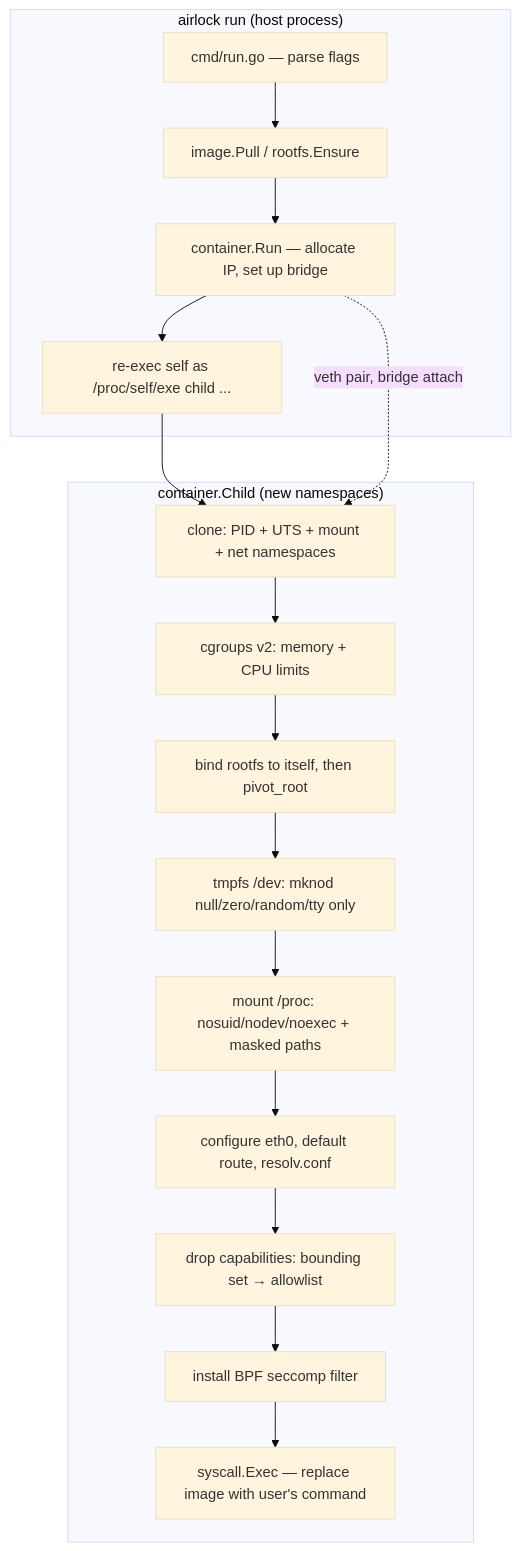
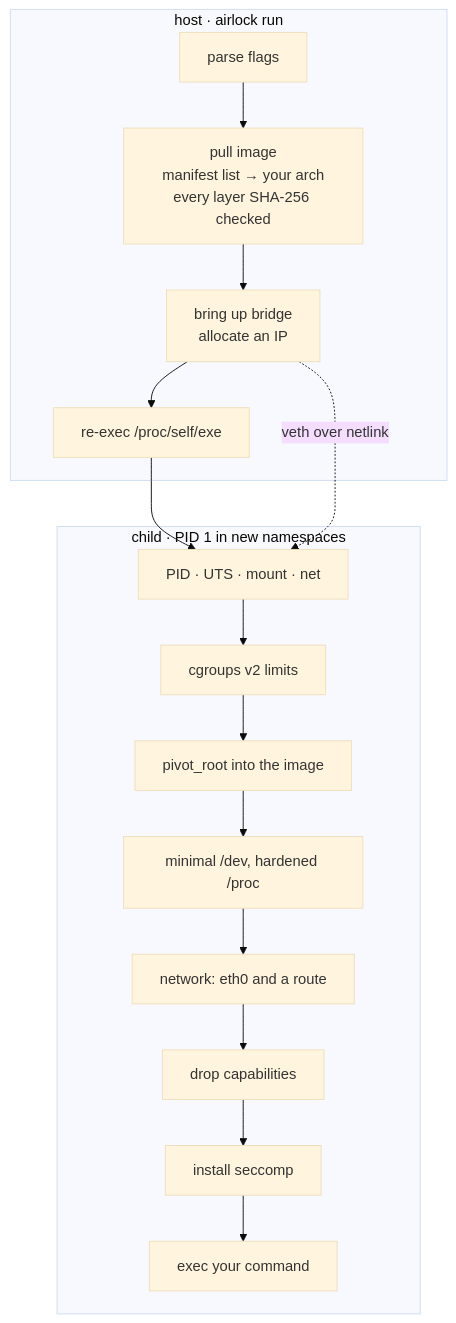
Before and after one commit to kelyonn/airlock: the diagram in README.md, drawn with Mermaid (base theme). The commit also changed other lines of this file and 1 other file, not shown here.

Commit message:
Rewrite the README with an animated banner, a quick start and an architecture diagram

````diff
--- a/README.md
+++ b/README.md
@@ -17,22 +57,19 @@
 ```mermaid
 flowchart TB
-    subgraph host["airlock run (host process)"]
-        A["cmd/run.go — parse flags"] --> B["image.Pull / rootfs.Ensure"]
-        B --> C["container.Run — allocate IP, set up bridge"]
-        C --> D["re-exec self as /proc/self/exe child ..."]
+    subgraph host["host · airlock run"]
+        A["parse flags"] --> B["pull image<br/>manifest list → your arch<br/>every layer SHA-256 checked"]
+        B --> C["bring up bridge<br/>allocate an IP"]
+        C --> D["re-exec /proc/self/exe"]
     end
-
-    subgraph child["container.Child (new namespaces)"]
-        D --> E["clone: PID + UTS + mount + net namespaces"]
-        E --> F["cgroups v2: memory + CPU limits"]
-        F --> G["bind rootfs to itself, then pivot_root"]
-        G --> H["tmpfs /dev: mknod null/zero/random/tty only"]
-        H --> I["mount /proc: nosuid/nodev/noexec + masked paths"]
-        I --> J["configure eth0, default route, resolv.conf"]
-        J --> K["drop capabilities: bounding set → allowlist"]
-        K --> L["install BPF seccomp filter"]
-        L --> M["syscall.Exec — replace image with user's command"]
+    subgraph child["child · PID 1 in new namespaces"]
+        D --> E["PID · UTS · mount · net"]
+        E --> F["cgroups v2 limits"]
+        F --> G["pivot_root into the image"]
+        G --> H["minimal /dev, hardened /proc"]
+        H --> I["network: eth0 and a route"]
+        I --> J["drop capabilities"]
+        J --> K["install seccomp"]
+        K --> L["exec your command"]
     end
-
-    C -.veth pair, bridge attach.-> E
+    C -. "veth over netlink" .-> E
 ```
````
